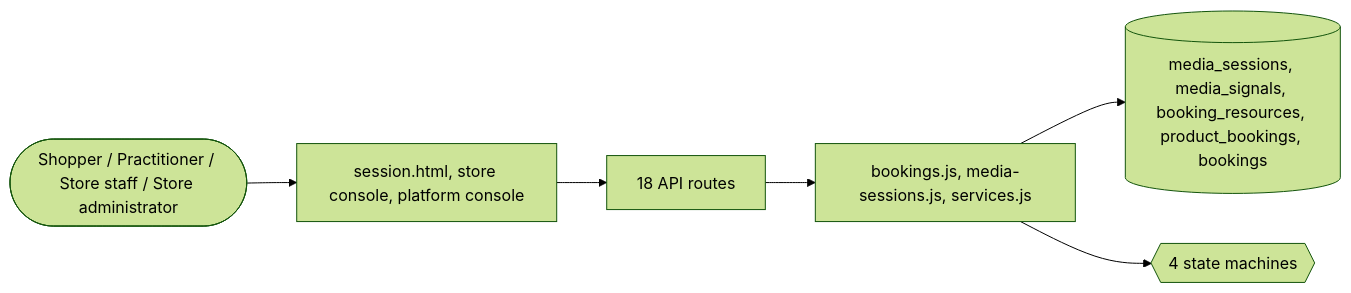
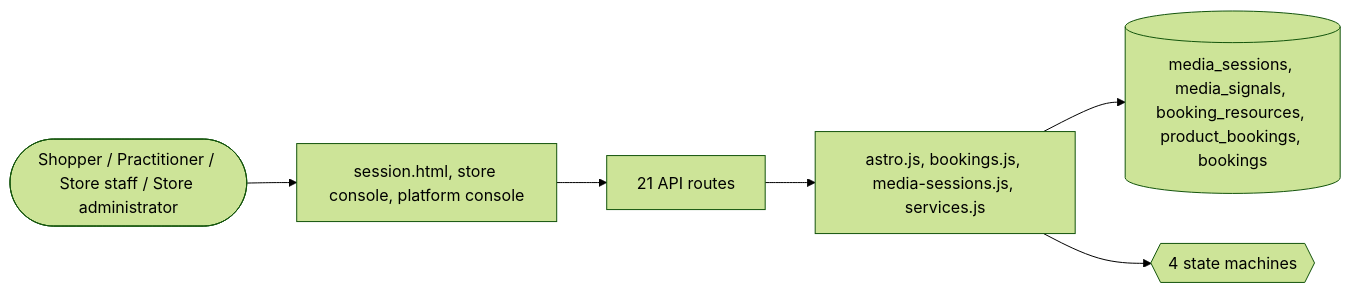
One commit to echelonxventures-Projects/universal-product changed the fifth of 5 diagrams in docs/domains/services.md. Above: the diagram before and after it, drawn with Mermaid (forest theme). The commit also changed other lines of this file and 11 other files, not shown here.

First line of the commit message:
feat(astro): the astrology engine — birth charts, dashas and panchang, provider chosen per store

````diff
--- a/docs/domains/services.md
+++ b/docs/domains/services.md
@@ -273,8 +289,8 @@
 ```mermaid
 flowchart LR
   U([Shopper / Practitioner / Store staff / Store administrator]) --> UI[session.html, store console, platform console]
-  UI --> API[18 API routes]
-  API --> ENG[bookings.js, media-sessions.js, services.js]
+  UI --> API[21 API routes]
+  API --> ENG[astro.js, bookings.js, media-sessions.js, services.js]
   ENG --> DB[(media_sessions, media_signals, booking_resources, product_bookings, bookings)]
   ENG --> SM{{4 state machines}}
 ```
````
